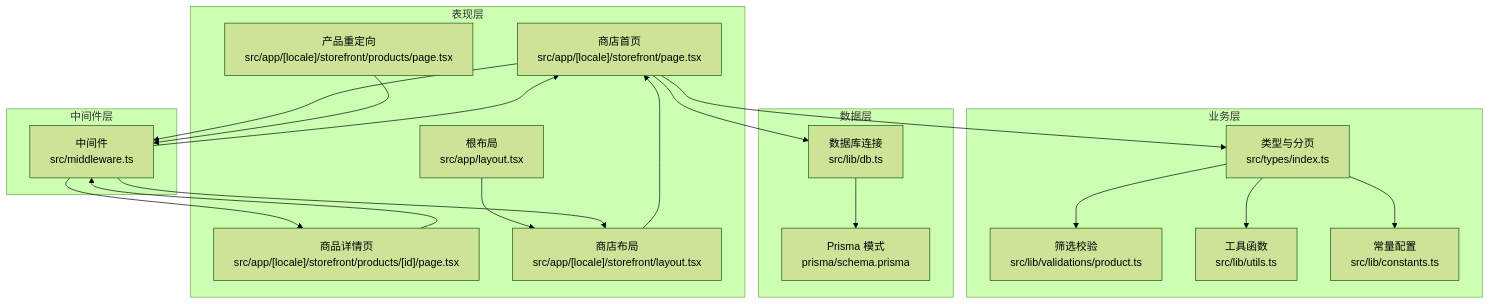
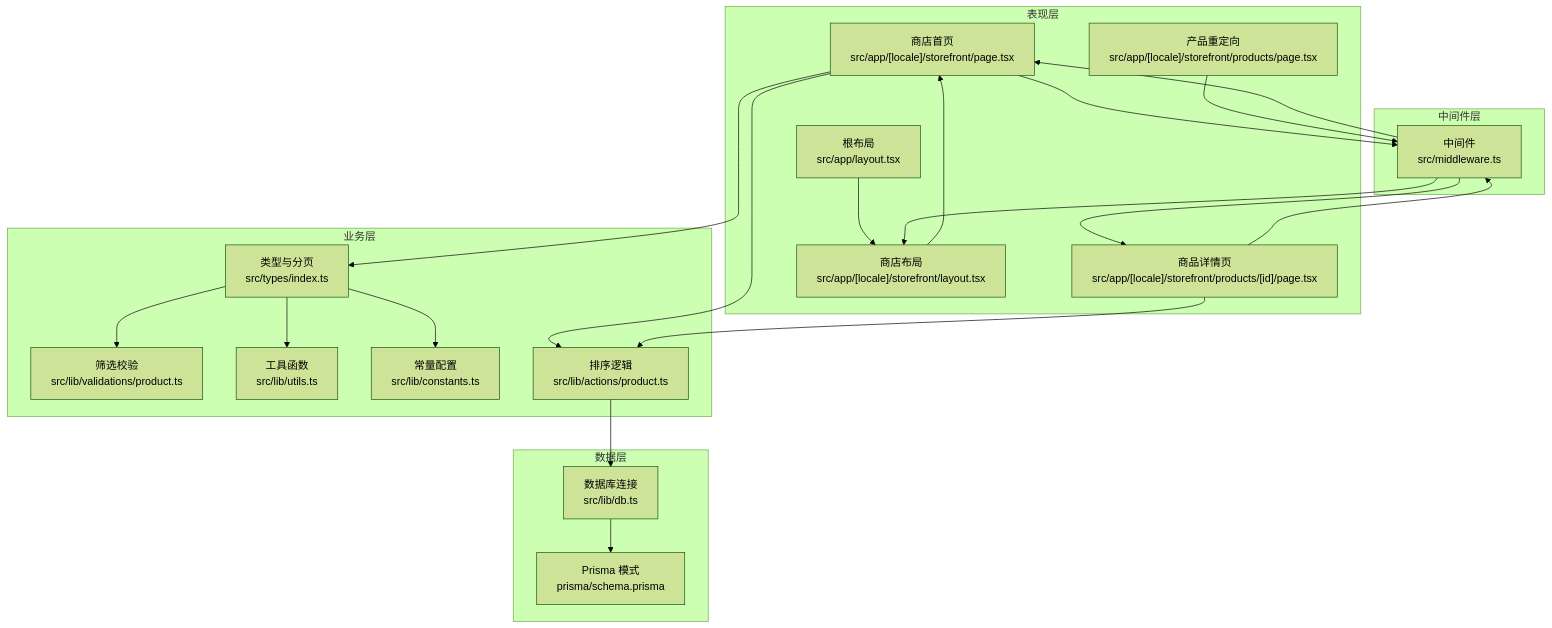
Before and after one commit to three3638-arch/celestia_2b: the second of 8 diagrams in .qoder/repowiki/zh/content/前台商店系统/商品展示系统/商品展示系统.md, drawn with Mermaid (forest theme). The commit also changed other lines of this file and 5 other files, not shown here.

````diff
--- a/.qoder/repowiki/zh/content/前台商店系统/商品展示系统/商品展示系统.md
+++ b/.qoder/repowiki/zh/content/前台商店系统/商品展示系统/商品展示系统.md
@@ -125,35 +133,38 @@
 ```mermaid
 graph TB
 subgraph "表现层"
 SFP["商店首页<br/>src/app/[locale]/storefront/page.tsx"]
 SDP["商品详情页<br/>src/app/[locale]/storefront/products/[id]/page.tsx"]
 PRP["产品重定向<br/>src/app/[locale]/storefront/products/page.tsx"]
 SL["商店布局<br/>src/app/[locale]/storefront/layout.tsx"]
 RL["根布局<br/>src/app/layout.tsx"]
 end
 subgraph "中间件层"
 MW["中间件<br/>src/middleware.ts"]
 end
 subgraph "业务层"
 TP["类型与分页<br/>src/types/index.ts"]
 VAL["筛选校验<br/>src/lib/validations/product.ts"]
 UT["工具函数<br/>src/lib/utils.ts"]
 CT["常量配置<br/>src/lib/constants.ts"]
+END["排序逻辑<br/>src/lib/actions/product.ts"]
 end
 subgraph "数据层"
 DB["数据库连接<br/>src/lib/db.ts"]
 PRISMA["Prisma 模式<br/>prisma/schema.prisma"]
 end
 RL --> SL --> SFP
 SFP --> MW
 SDP --> MW
 PRP --> MW
 MW --> SL
 MW --> SFP
 MW --> SDP
 SFP --> TP
 TP --> VAL
 TP --> UT
 TP --> CT
-SFP --> DB --> PRISMA
+SFP --> END
+SDP --> END
+END --> DB --> PRISMA
 ```
````
